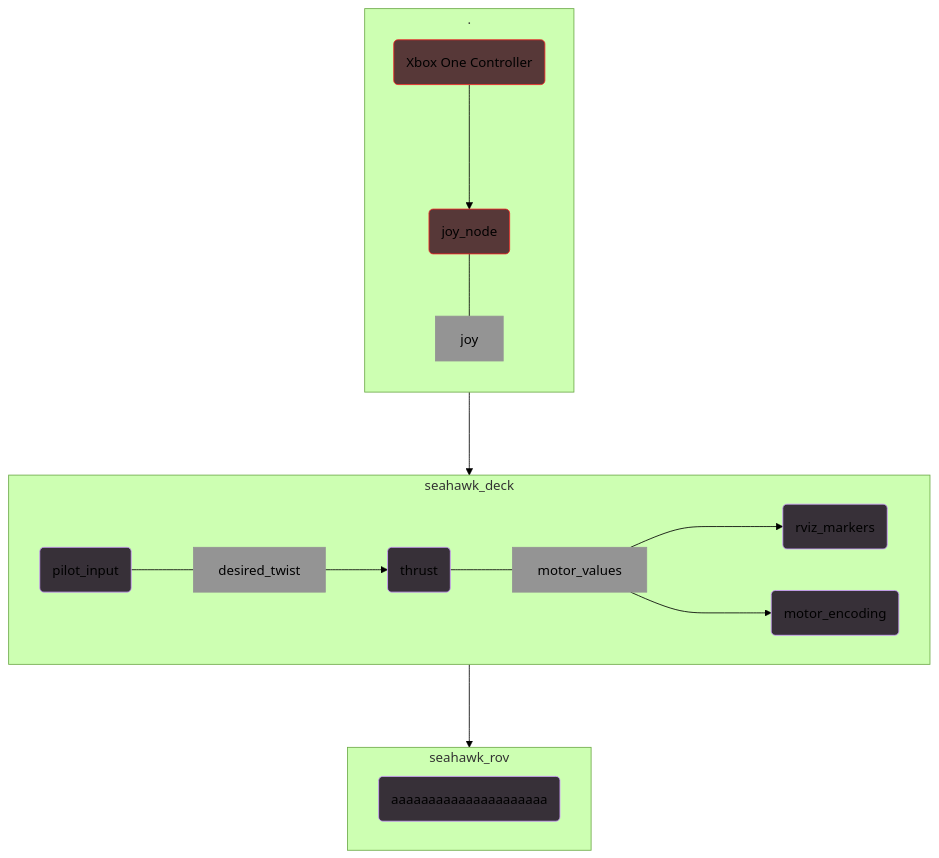
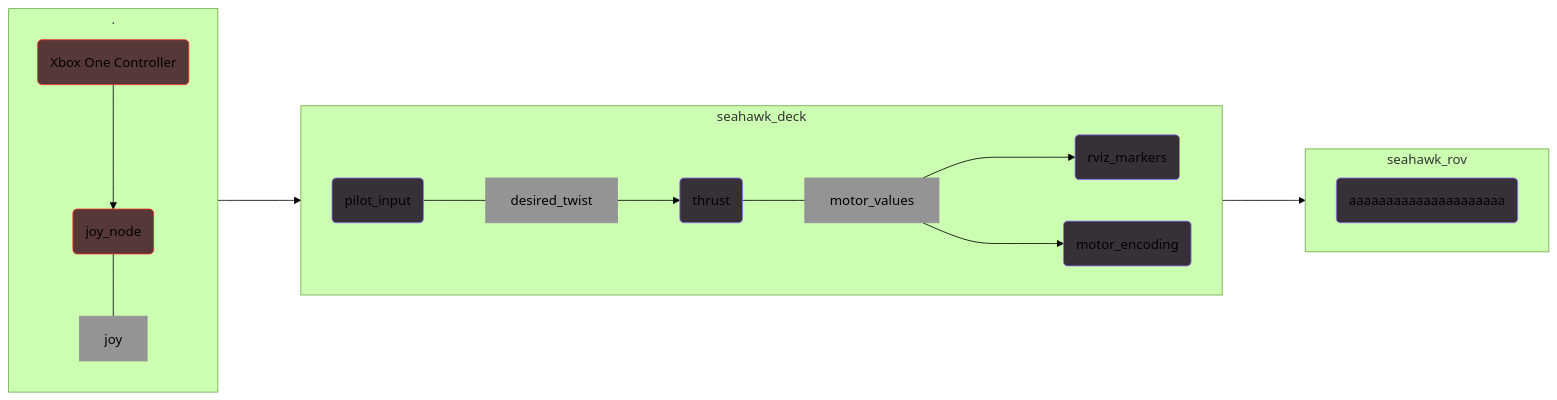
One commit to CabrilloRoboticsClub/cabrillo_rov_2023 changed the diagram in doc/architecture.md. Above: the diagram before and after it, drawn with Mermaid (forest theme). The commit also changed other lines of this file, not shown here.

Commit message:
Slight changes in wording and mermaid coloring

````diff
--- a/doc/architecture.md
+++ b/doc/architecture.md
@@ -5,23 +5,23 @@
 ```mermaid
-flowchart TB
+flowchart LR
  subgraph seahawk_deck
         direction LR
         id_in --- id_desired_twist[desired_twist]:::top--> id_thrust(thrust):::node
         id_thrust--- id_motor_values[motor_values]:::top--->id_rviz(rviz_markers)
         id_motor_values ---> id_motor_encoding(motor_encoding):::node
     end
 
     subgraph seahawk_rov
         direction LR
         id_motor_encoding ---> id(aaaaaaaaaaaaaaaaaaaaa)
     end
 
     subgraph .
         direction TB
         id_xbox(Xbox One Controller):::out ---> id_joy_n(joy_node):::out
         id_joy_n(joy_node):::out --- id_joy_t[joy]:::top ---> id_in(pilot_input):::node
     end
-    classDef node stroke:#CF9FFF, fill:#373038
+    classDef node stroke:#9172f8, fill:#373038
     classDef out stroke:#F12626, fill:#573838
     classDef top fill:#949494, stroke:#949494
 ```
````
